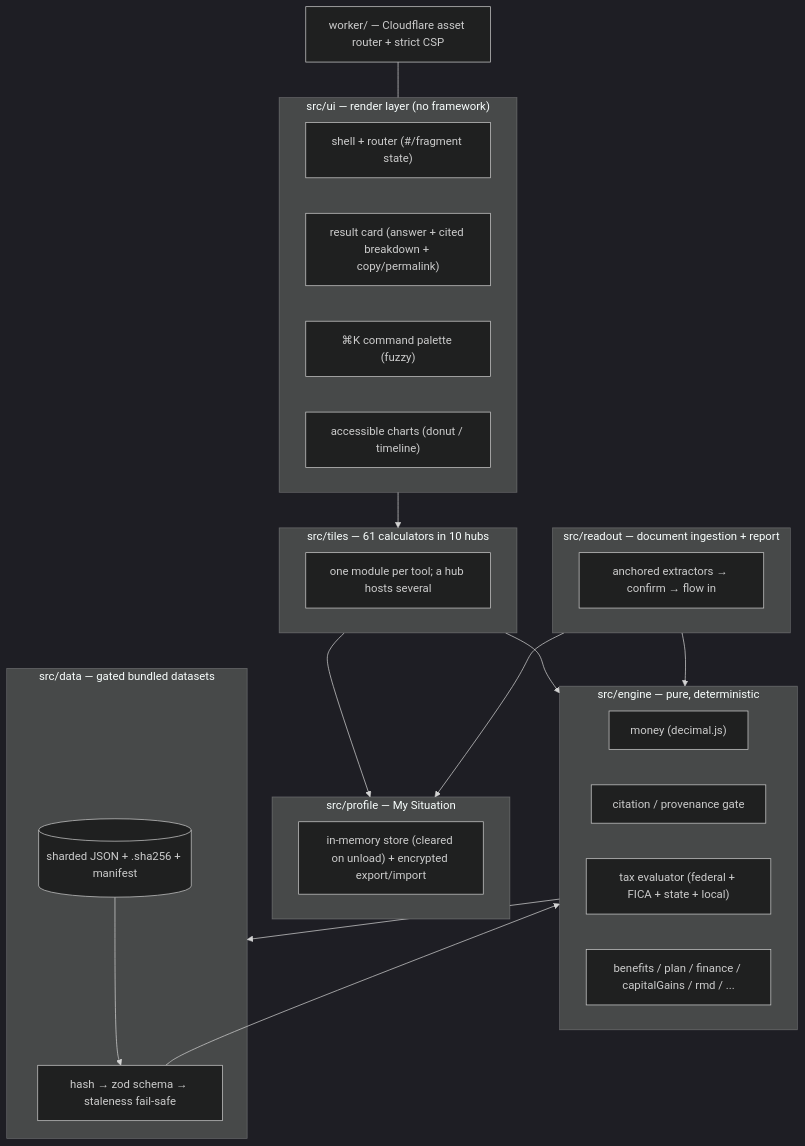
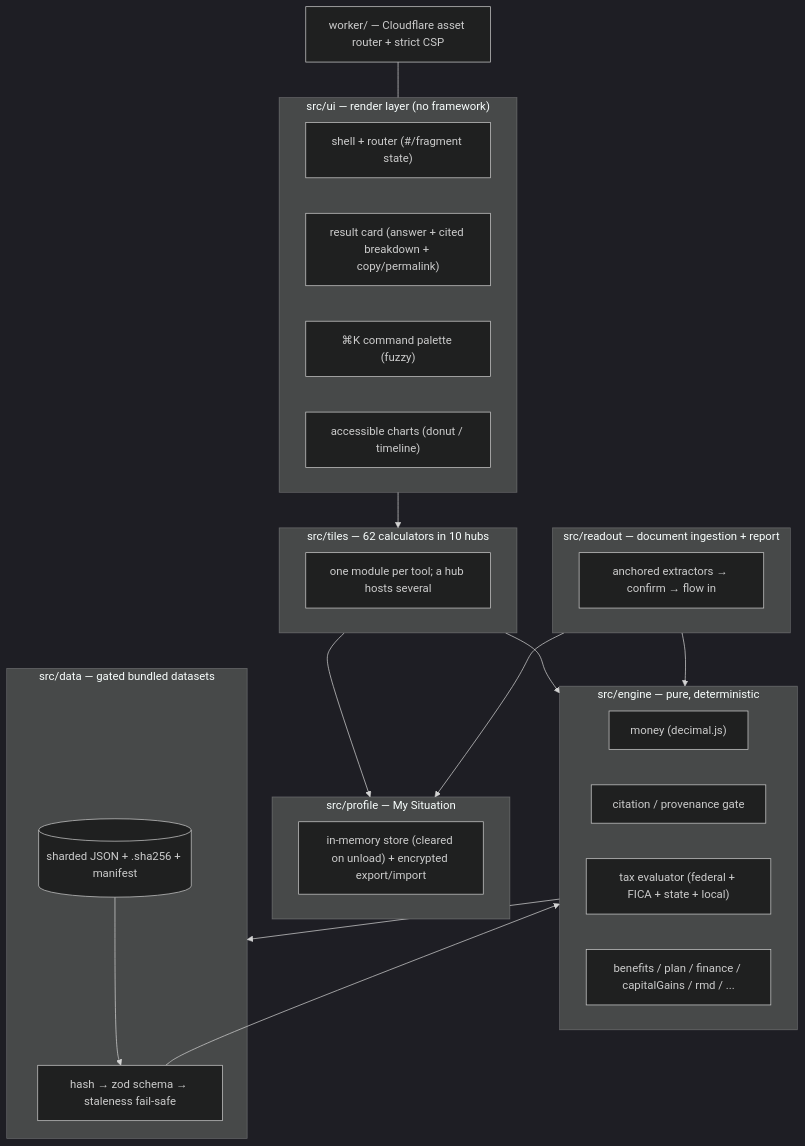
Before and after one commit to clay-good/enklayve: the second of 7 diagrams in README.md, drawn with Mermaid (dark theme). The commit also changed other lines of this file and 15 other files, not shown here.

````diff
--- a/README.md
+++ b/README.md
@@ -267,36 +268,36 @@
 ```mermaid
 flowchart TD
     subgraph UI["src/ui — render layer (no framework)"]
         SH["shell + router (#/fragment state)"]
         RC["result card (answer + cited breakdown + copy/permalink)"]
         CP["⌘K command palette (fuzzy)"]
         CH["accessible charts (donut / timeline)"]
     end
-    subgraph TILES["src/tiles — 61 calculators in 10 hubs"]
+    subgraph TILES["src/tiles — 62 calculators in 10 hubs"]
         T1["one module per tool; a hub hosts several"]
     end
     subgraph PROFILE["src/profile — My Situation"]
         PS["in-memory store (cleared on unload) + encrypted export/import"]
     end
     subgraph READOUT["src/readout — document ingestion + report"]
         RX["anchored extractors → confirm → flow in"]
     end
     subgraph ENGINE["src/engine — pure, deterministic"]
         MN["money (decimal.js)"]
         CI["citation / provenance gate"]
         TAX["tax evaluator (federal + FICA + state + local)"]
         BEN["benefits / plan / finance / capitalGains / rmd / ..."]
     end
     subgraph DATA["src/data — gated bundled datasets"]
         LO["hash → zod schema → staleness fail-safe"]
         DS[("sharded JSON + .sha256 + manifest")]
     end
     TILES --> ENGINE
     READOUT --> ENGINE
     TILES --> PROFILE
     READOUT --> PROFILE
     UI --> TILES
     ENGINE --> DATA
     DS --> LO --> ENGINE
     WORKER["worker/ — Cloudflare asset router + strict CSP"] --- UI
 ```
````
